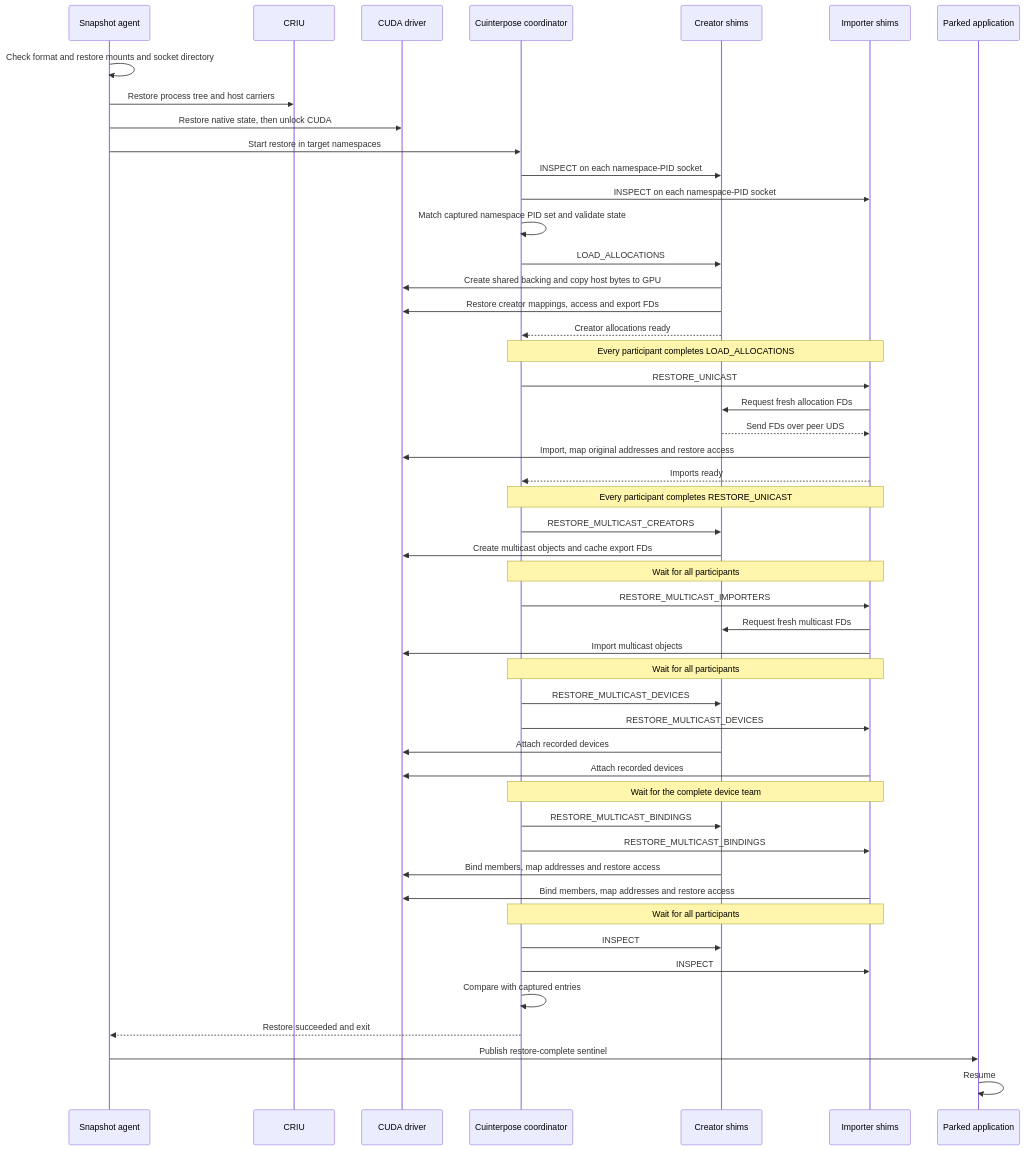
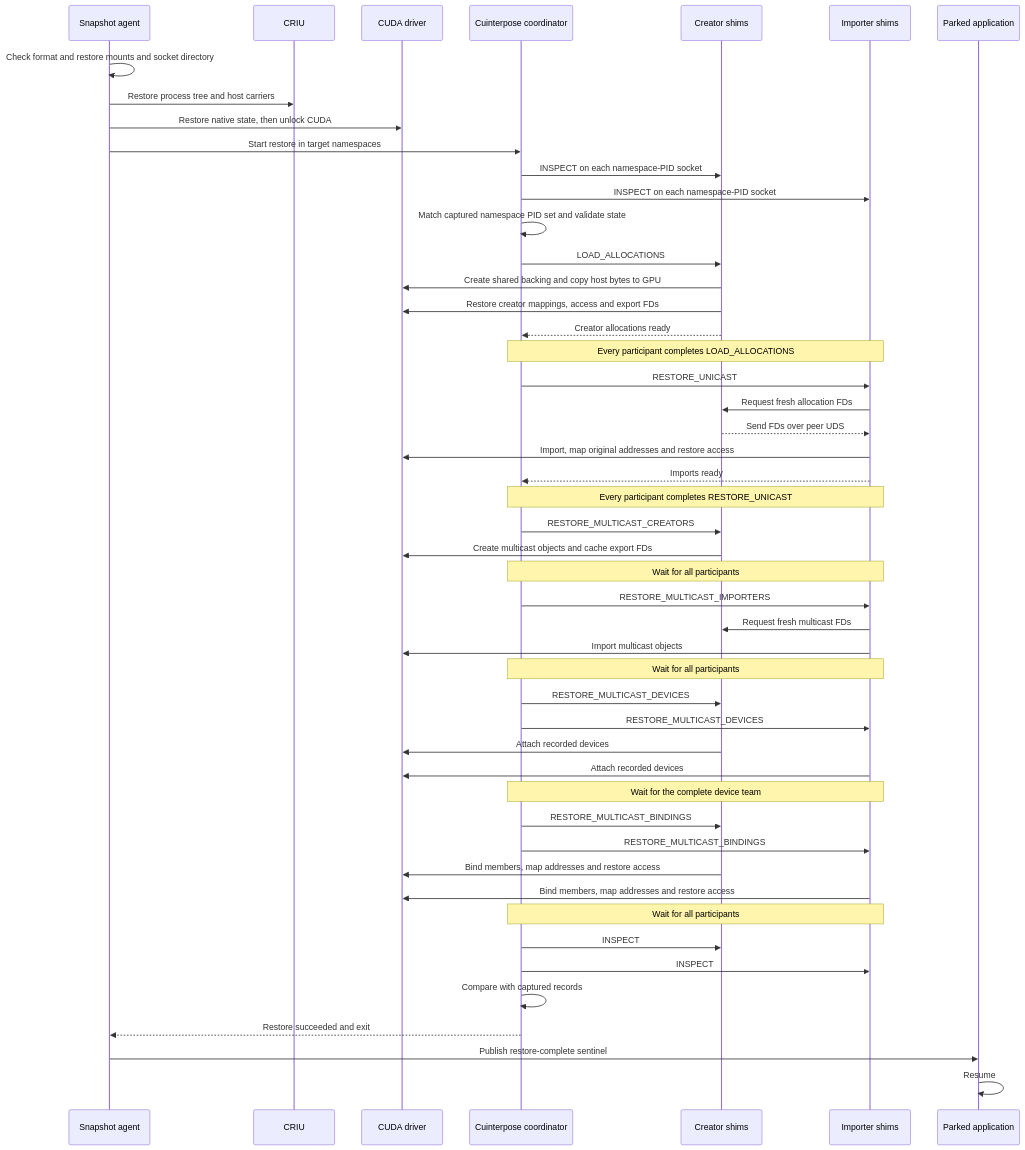
One commit to ai-dynamo/snapshot changed the fifth of 5 diagrams in docs/development/cuinterpose.md. Above: the diagram before and after it, drawn with Mermaid. The commit also changed other lines of this file, not shown here.

````diff
--- a/docs/development/cuinterpose.md
+++ b/docs/development/cuinterpose.md
@@ -394,51 +410,51 @@
 ```mermaid
 sequenceDiagram
     participant Agent as Snapshot agent
     participant CRIU as CRIU
     participant CUDA as CUDA driver
     participant Coord as Cuinterpose coordinator
     participant Creators as Creator shims
     participant Importers as Importer shims
     participant App as Parked application
     Agent->>Agent: Check format and restore mounts and socket directory
     Agent->>CRIU: Restore process tree and host carriers
     Agent->>CUDA: Restore native state, then unlock CUDA
     Agent->>Coord: Start restore in target namespaces
     Coord->>Creators: INSPECT on each namespace-PID socket
     Coord->>Importers: INSPECT on each namespace-PID socket
     Coord->>Coord: Match captured namespace PID set and validate state
     Coord->>Creators: LOAD_ALLOCATIONS
     Creators->>CUDA: Create shared backing and copy host bytes to GPU
     Creators->>CUDA: Restore creator mappings, access and export FDs
     Creators-->>Coord: Creator allocations ready
     Note over Coord,Importers: Every participant completes LOAD_ALLOCATIONS
     Coord->>Importers: RESTORE_UNICAST
     Importers->>Creators: Request fresh allocation FDs
     Creators-->>Importers: Send FDs over peer UDS
     Importers->>CUDA: Import, map original addresses and restore access
     Importers-->>Coord: Imports ready
     Note over Coord,Importers: Every participant completes RESTORE_UNICAST
     Coord->>Creators: RESTORE_MULTICAST_CREATORS
     Creators->>CUDA: Create multicast objects and cache export FDs
     Note over Coord,Importers: Wait for all participants
     Coord->>Importers: RESTORE_MULTICAST_IMPORTERS
     Importers->>Creators: Request fresh multicast FDs
     Importers->>CUDA: Import multicast objects
     Note over Coord,Importers: Wait for all participants
     Coord->>Creators: RESTORE_MULTICAST_DEVICES
     Coord->>Importers: RESTORE_MULTICAST_DEVICES
     Creators->>CUDA: Attach recorded devices
     Importers->>CUDA: Attach recorded devices
     Note over Coord,Importers: Wait for the complete device team
     Coord->>Creators: RESTORE_MULTICAST_BINDINGS
     Coord->>Importers: RESTORE_MULTICAST_BINDINGS
     Creators->>CUDA: Bind members, map addresses and restore access
     Importers->>CUDA: Bind members, map addresses and restore access
     Note over Coord,Importers: Wait for all participants
     Coord->>Creators: INSPECT
     Coord->>Importers: INSPECT
-    Coord->>Coord: Compare with captured entries
+    Coord->>Coord: Compare with captured records
     Coord-->>Agent: Restore succeeded and exit
     Agent->>App: Publish restore-complete sentinel
     App->>App: Resume
 ```
````
